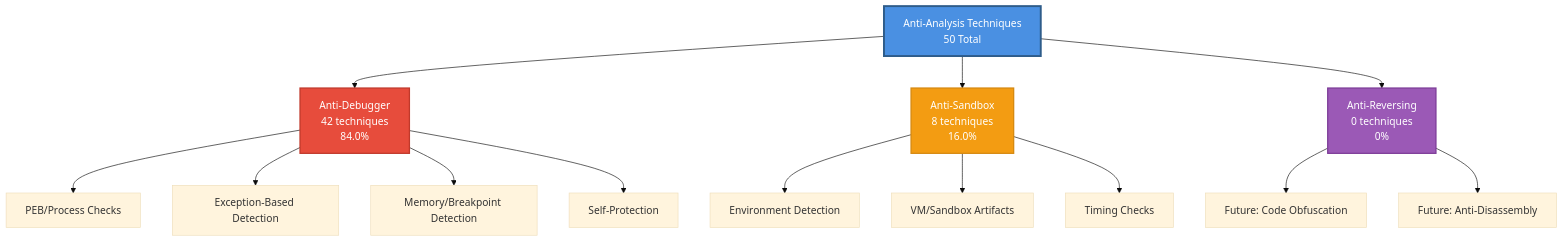
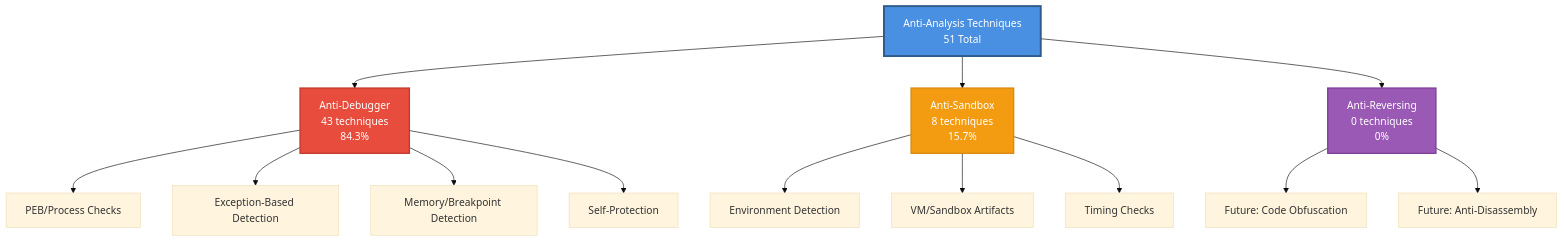
Before and after one commit to mabj/anti: the diagram in README.md, drawn with Mermaid (base theme). The commit also changed other lines of this file and 8 other files, not shown here.

````diff
--- a/README.md
+++ b/README.md
@@ -69,23 +69,23 @@
 ```mermaid
 graph TB
-    A[Anti-Analysis Techniques<br/>50 Total] --> B[Anti-Debugger<br/>42 techniques<br/>84.0%]
-    A --> C[Anti-Sandbox<br/>8 techniques<br/>16.0%]
+    A[Anti-Analysis Techniques<br/>51 Total] --> B[Anti-Debugger<br/>43 techniques<br/>84.3%]
+    A --> C[Anti-Sandbox<br/>8 techniques<br/>15.7%]
     A --> D[Anti-Reversing<br/>0 techniques<br/>0%]
 
     B --> B1[PEB/Process Checks]
     B --> B2[Exception-Based Detection]
     B --> B3[Memory/Breakpoint Detection]
     B --> B4[Self-Protection]
 
     C --> C1[Environment Detection]
     C --> C2[VM/Sandbox Artifacts]
     C --> C3[Timing Checks]
 
     D --> D1[Future: Code Obfuscation]
     D --> D2[Future: Anti-Disassembly]
 
     style A fill:#4A90E2,stroke:#2E5C8A,stroke-width:3px,color:#fff
     style B fill:#E74C3C,stroke:#C0392B,stroke-width:2px,color:#fff
     style C fill:#F39C12,stroke:#D68910,stroke-width:2px,color:#fff
     style D fill:#9B59B6,stroke:#7D3C98,stroke-width:2px,color:#fff
 ```
````
